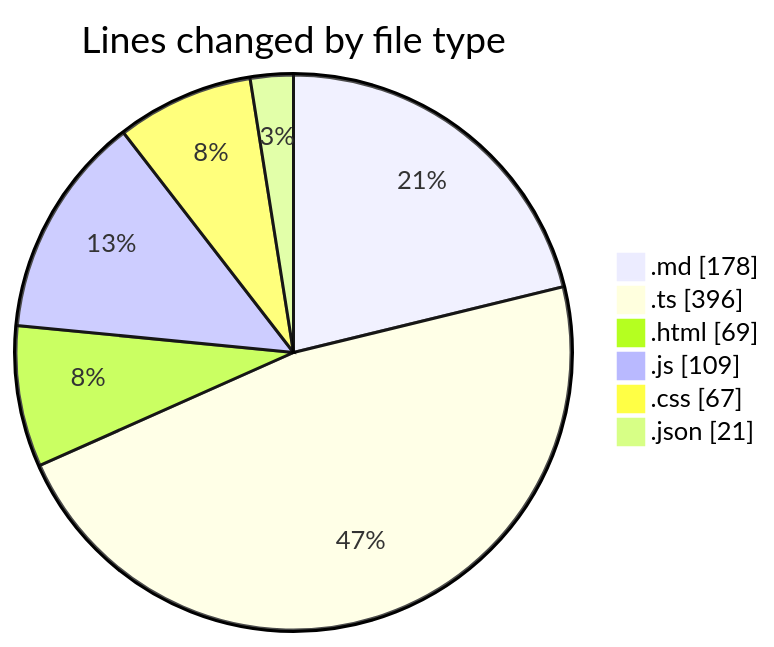
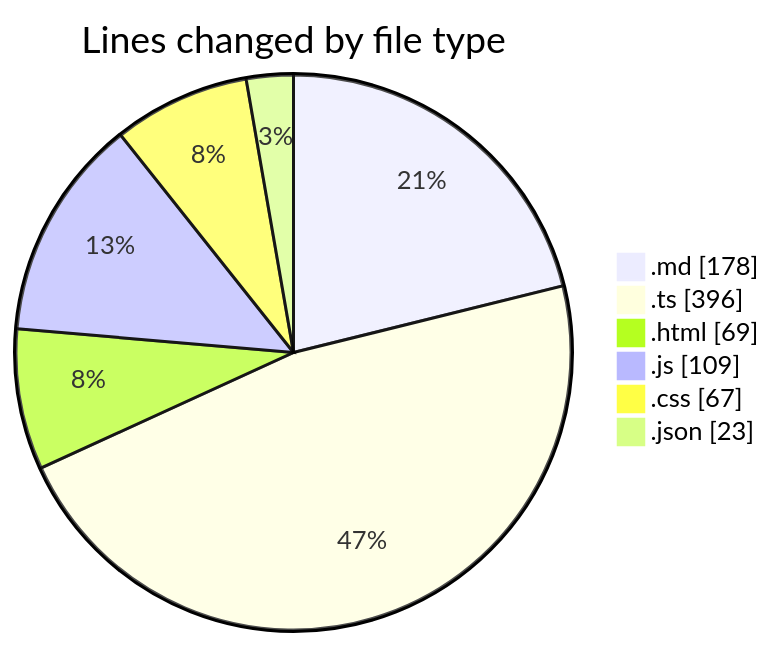
The first of 2 diagrams in 2025-01-04/my-code-activity-ext/README.md (ernivani/code-tracking), drawn with Mermaid before and after one commit. The commit also changed other lines of this file and 1 other file, not shown here.

````diff
--- a/2025-01-04/my-code-activity-ext/README.md
+++ b/2025-01-04/my-code-activity-ext/README.md
@@ -30,10 +30,10 @@
 ```mermaid
 pie showData
 title Lines changed by file type
 ".md" : 178
 ".ts" : 396
 ".html" : 69
 ".js" : 109
 ".css" : 67
-".json" : 21
+".json" : 23
 ```
````
